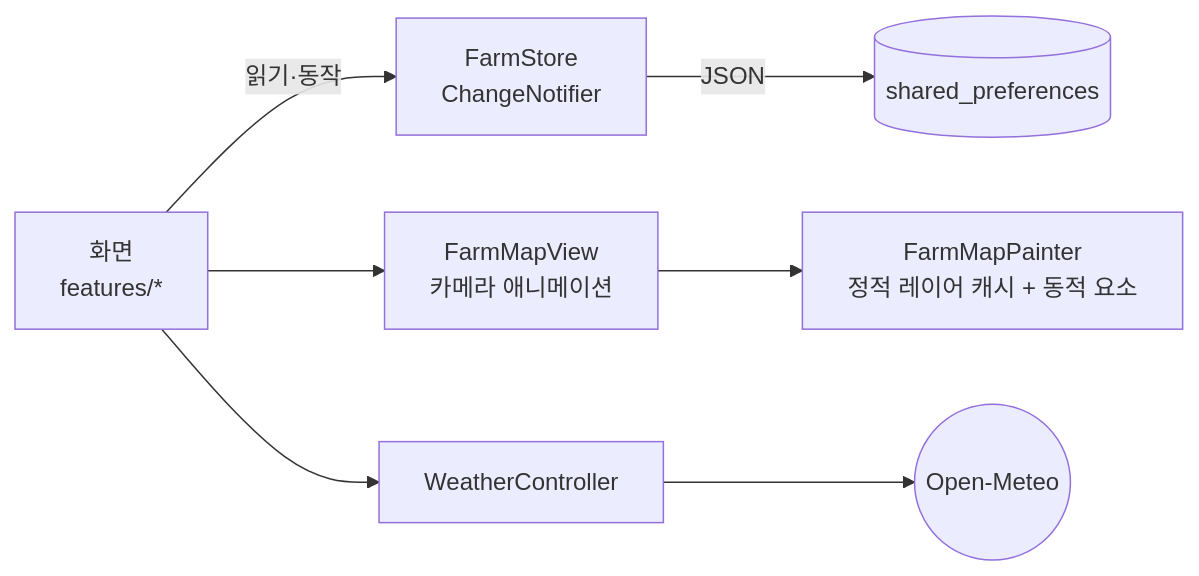
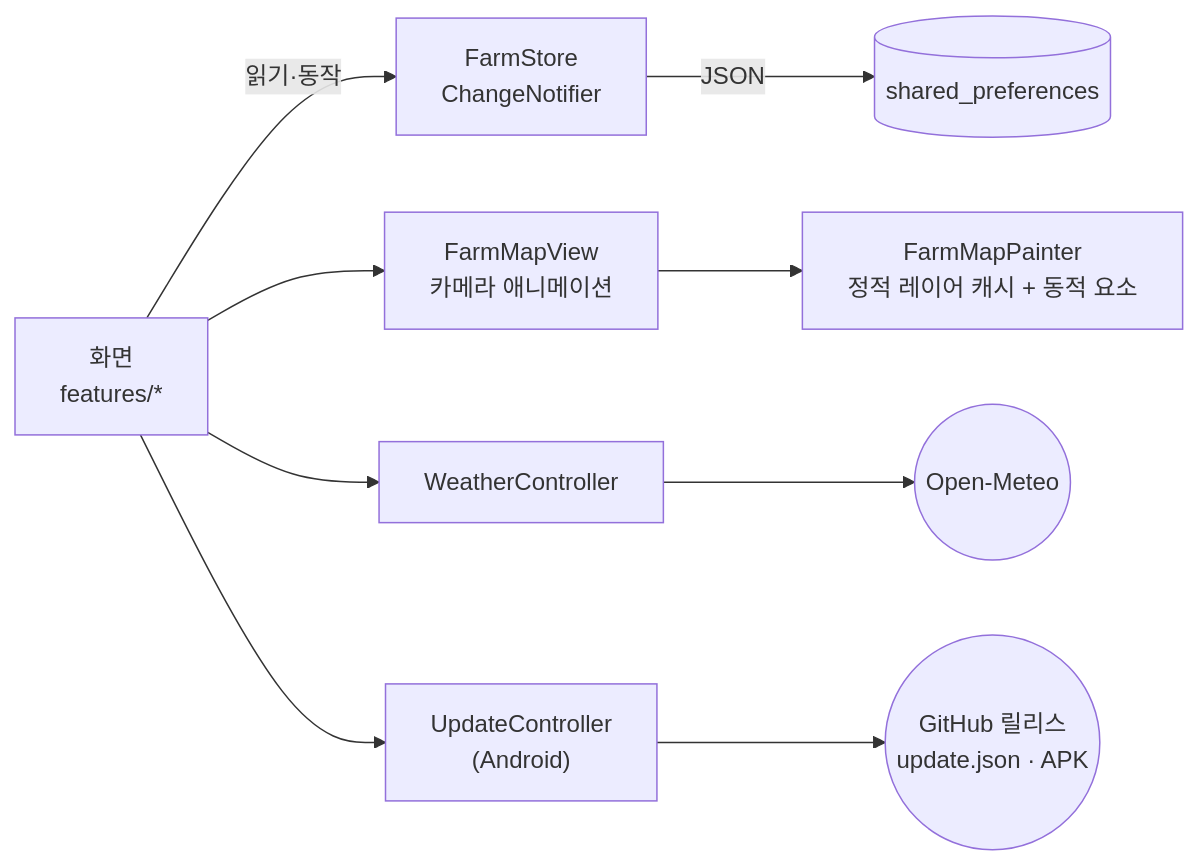
Before and after one commit to jeiel85/my-farm-flutter: the diagram in README.md, drawn with Mermaid. The commit also changed other lines of this file and 16 other files, not shown here.

First line of the commit message:
feat: GitHub 릴리스 기반 앱 안 업데이트 (1.6.0)

````diff
--- a/README.md
+++ b/README.md
@@ -93,8 +95,9 @@
 ```mermaid
 flowchart LR
   UI["화면<br/>features/*"] -->|읽기·동작| Store["FarmStore<br/>ChangeNotifier"]
   Store -->|JSON| Prefs[("shared_preferences")]
   UI --> Map["FarmMapView<br/>카메라 애니메이션"]
   Map --> Painter["FarmMapPainter<br/>정적 레이어 캐시 + 동적 요소"]
   UI --> Weather["WeatherController"] --> API(("Open-Meteo"))
+  UI --> Update["UpdateController<br/>(Android)"] --> GH(("GitHub 릴리스<br/>update.json · APK"))
 ```
````
